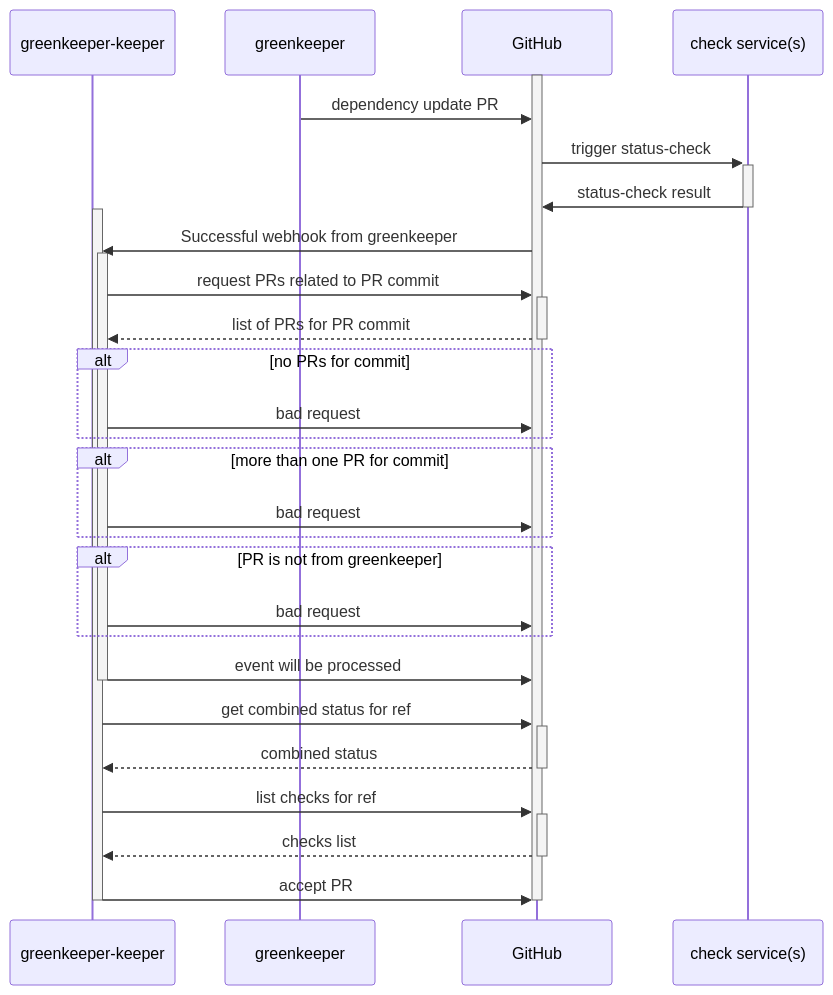
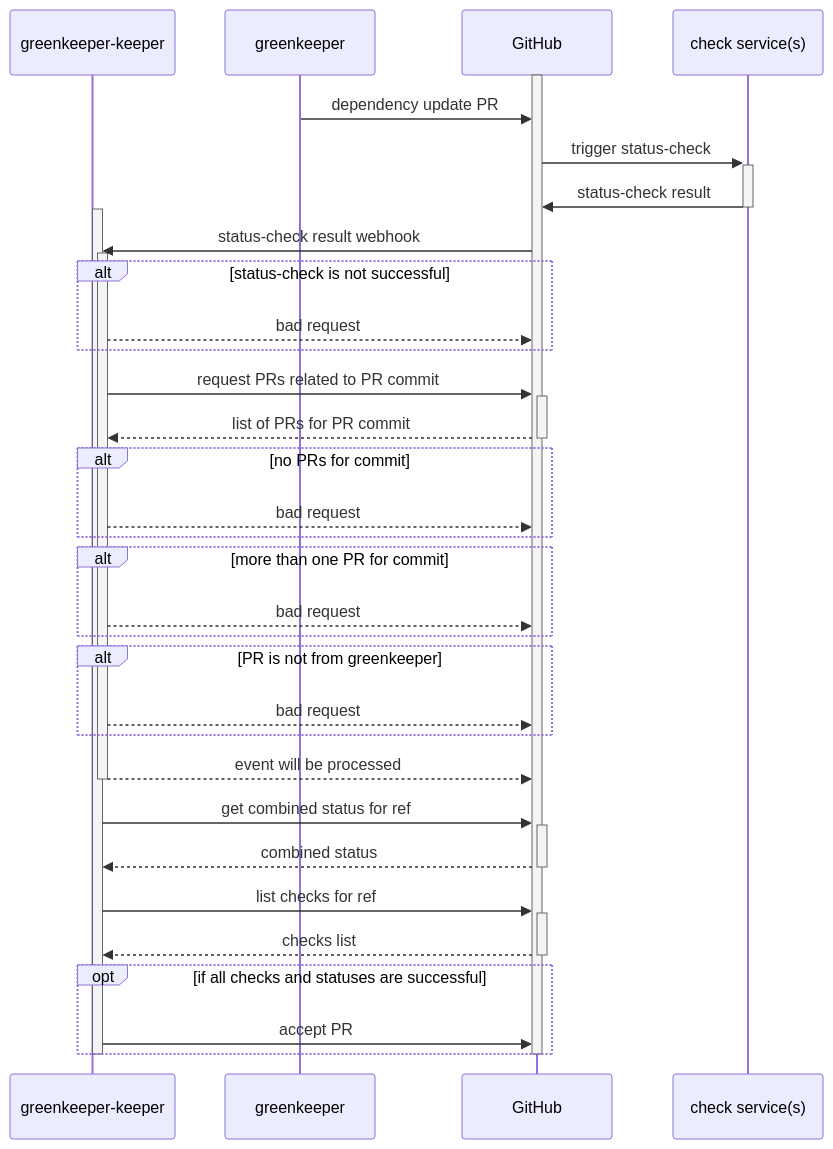
Before and after one commit to greenkeeper-keeper/meta: the diagram in status.mmd, drawn with Mermaid. The commit also changed 1 other file, not shown here.

Commit message:
docs(status-sequence): added a bit more detail
for #10

```diff
--- a/status.mmd
+++ b/status.mmd
@@ -1,33 +1,38 @@
 sequenceDiagram
     participant gkk as greenkeeper-keeper
     participant gk as greenkeeper
     participant gh as GitHub
     participant cs as check service(s)
 
     activate gh
     gk->>gh: dependency update PR
     gh->>+cs: trigger status-check
     cs->>-gh: status-check result
     activate gkk
     activate gkk
-    gh->>+gkk: Successful webhook from greenkeeper
+    gh->>+gkk: status-check result webhook
+    alt status-check is not successful
+        gkk-->>gh: bad request
+    end
     gkk->>+gh: request PRs related to PR commit
     gh-->>-gkk: list of PRs for PR commit
     alt no PRs for commit
-        gkk->>gh: bad request
+        gkk-->>gh: bad request
     end
     alt more than one PR for commit
-        gkk->>gh: bad request
+        gkk-->>gh: bad request
     end
     alt PR is not from greenkeeper
-        gkk->>gh: bad request
+        gkk-->>gh: bad request
     end
-    gkk->>gh: event will be processed
+    gkk-->>gh: event will be processed
     deactivate gkk
     gkk->>+gh: get combined status for ref
     gh-->>-gkk: combined status
     gkk->>+gh: list checks for ref
     gh-->>-gkk: checks list
-    gkk->>gh: accept PR
+    opt if all checks and statuses are successful
+        gkk->>gh: accept PR
+    end
     deactivate gkk
     deactivate gh
```
